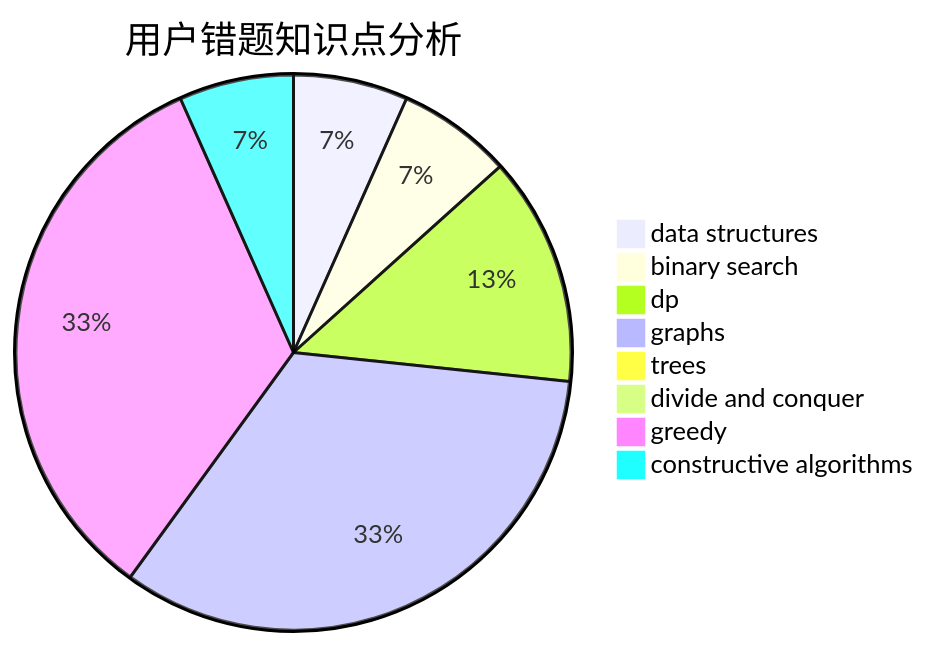
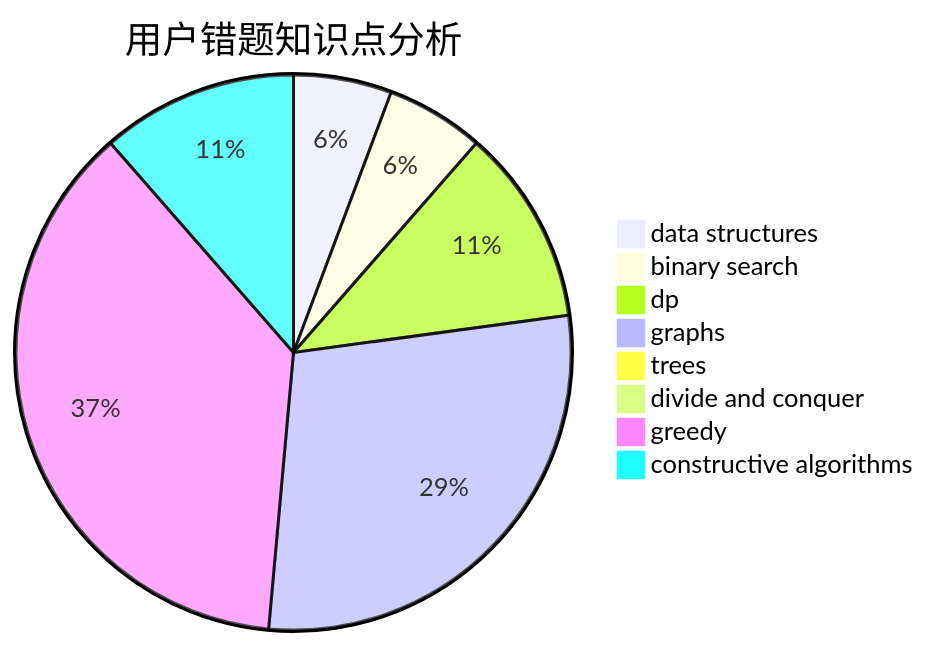
The third of 3 diagrams in docs/user/u1644.md (sherpahu/cfrs.github.io), drawn with Mermaid before and after one commit. The commit also changed other lines of this file and 2770 other files, not shown here.

````diff
--- a/docs/user/u1644.md
+++ b/docs/user/u1644.md
@@ -36,11 +36,11 @@
 ```mermaid
 pie title 用户错题知识点分析
     "data structures" :  2
     "binary search" :  2
     "dp" :  4
     "graphs" :  10
     "trees" :  0
     "divide and conquer" :  0
-    "greedy" :  10
-    "constructive algorithms" :  2
+    "greedy" :  13
+    "constructive algorithms" :  4
 ```
````
